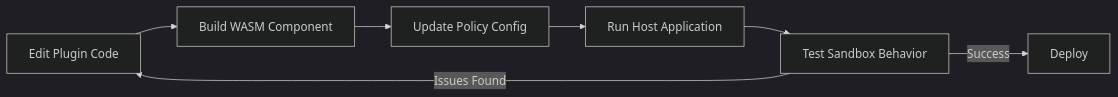
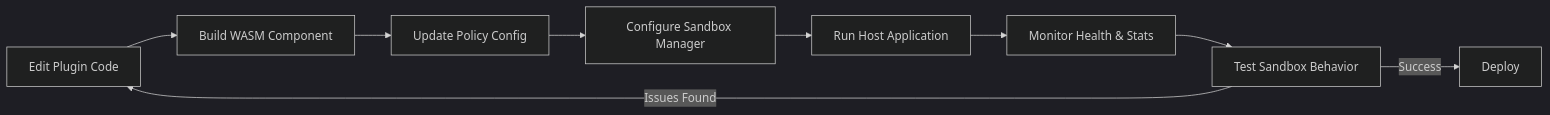
One commit to monshri/contextforge-plugins-framework changed the third of 3 diagrams in sandboxing/Readme.md. Above: the diagram before and after it, drawn with Mermaid (dark theme). The commit also changed other lines of this file, not shown here.

````diff
--- a/sandboxing/Readme.md
+++ b/sandboxing/Readme.md
@@ -254,9 +519,11 @@
 ```mermaid
 graph LR
     A[Edit Plugin Code] --> B[Build WASM Component]
     B --> C[Update Policy Config]
-    C --> D[Run Host Application]
-    D --> E[Test Sandbox Behavior]
-    E -->|Issues Found| A
-    E -->|Success| F[Deploy]
+    C --> D[Configure Sandbox Manager]
+    D --> E[Run Host Application]
+    E --> F[Monitor Health & Stats]
+    F --> G[Test Sandbox Behavior]
+    G -->|Issues Found| A
+    G -->|Success| H[Deploy]
 ```
````
